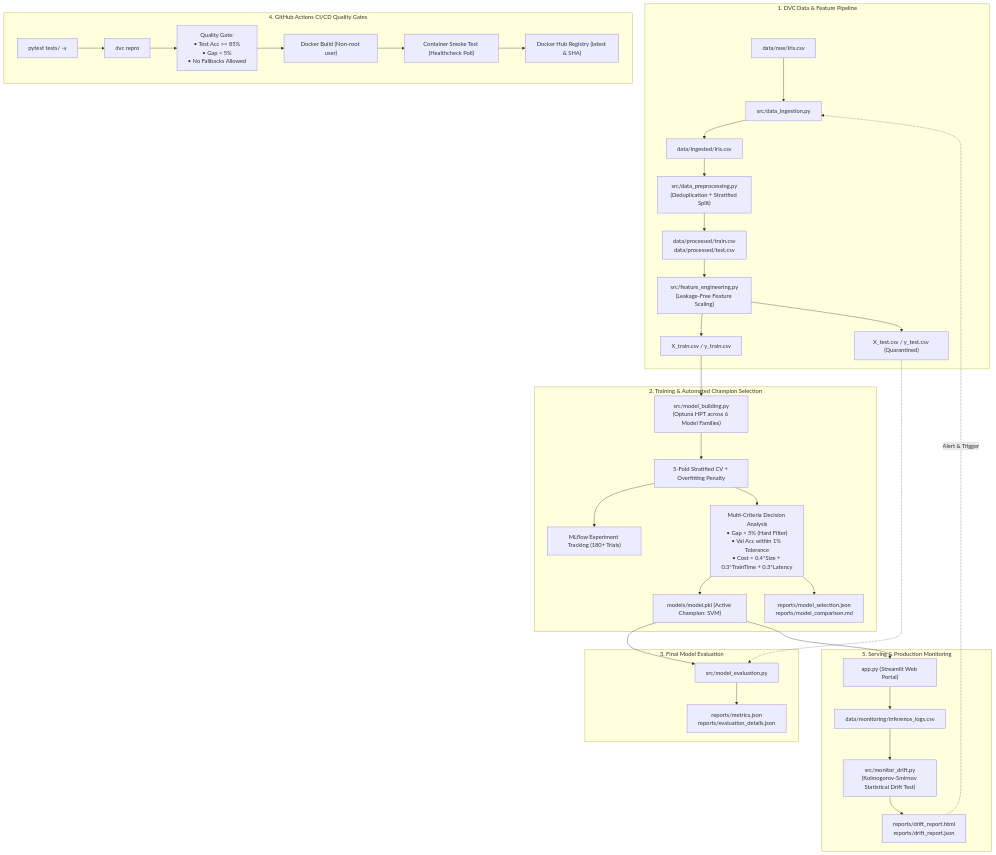
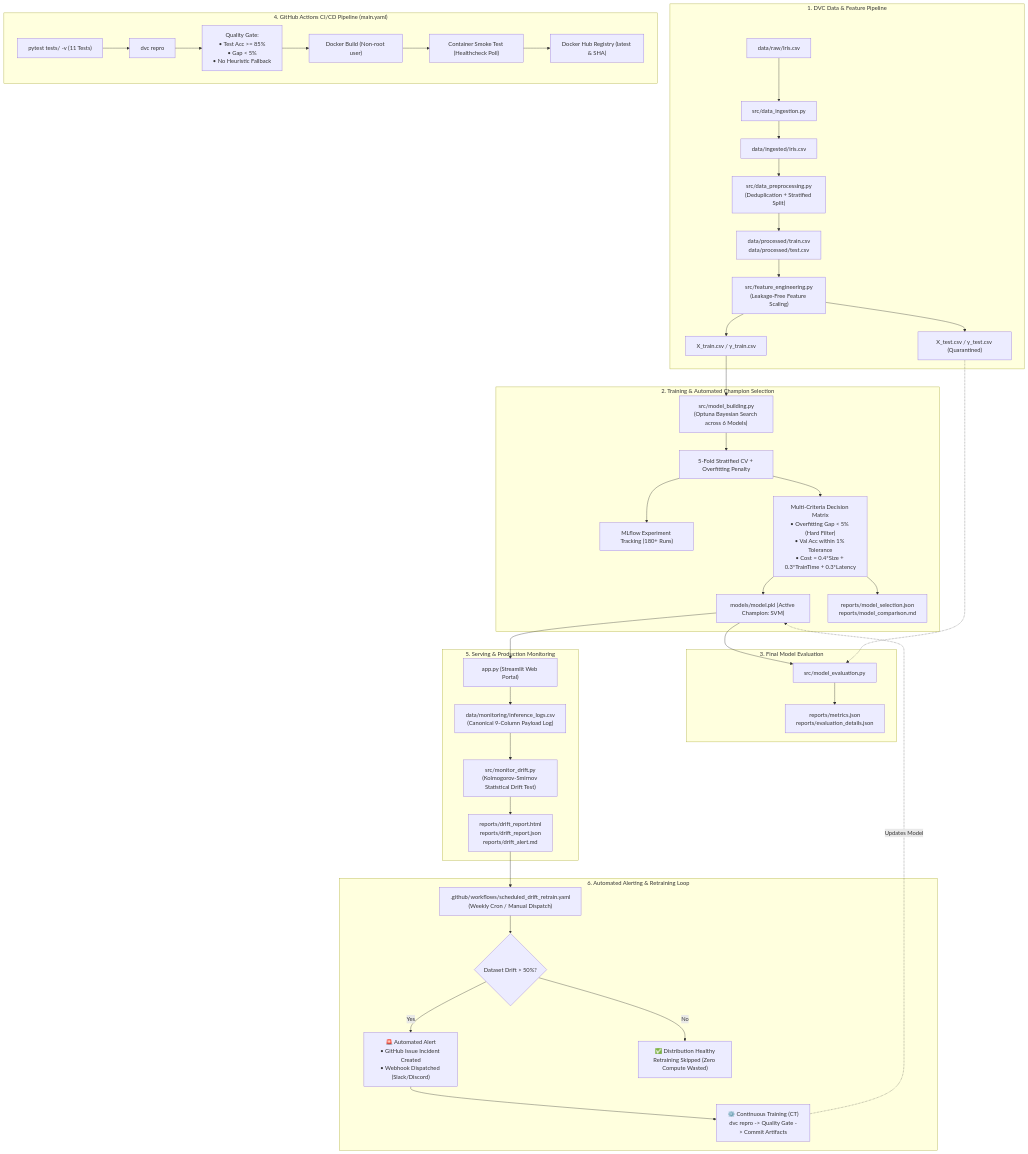
One commit to Rahuljanji/Finalized_Class_MLops changed the diagram in README.md. Above: the diagram before and after it, drawn with Mermaid. The commit also changed other lines of this file, not shown here.

Commit message:
docs: update README with architecture, continuous training, and alerting workflows

````diff
--- a/README.md
+++ b/README.md
@@ -17,43 +17,51 @@
 ```mermaid
 flowchart TD
     subgraph Data_Pipeline["1. DVC Data & Feature Pipeline"]
         Raw["data/raw/Iris.csv"] --> Ingest["src/data_ingestion.py"]
         Ingest --> Ingested["data/ingested/iris.csv"]
         Ingested --> Preprocess["src/data_preprocessing.py\n(Deduplication + Stratified Split)"]
         Preprocess --> Splits["data/processed/train.csv\ndata/processed/test.csv"]
         Splits --> Features["src/feature_engineering.py\n(Leakage-Free Feature Scaling)"]
         Features --> TrainFeat["X_train.csv / y_train.csv"]
         Features --> TestFeat["X_test.csv / y_test.csv (Quarantined)"]
     end
 
     subgraph Model_Governance["2. Training & Automated Champion Selection"]
-        TrainFeat --> HPT["src/model_building.py\n(Optuna HPT across 6 Model Families)"]
+        TrainFeat --> HPT["src/model_building.py\n(Optuna Bayesian Search across 6 Models)"]
         HPT --> CV["5-Fold Stratified CV + Overfitting Penalty"]
-        CV --> MLflow["MLflow Experiment Tracking (180+ Trials)"]
-        CV --> Selection["Multi-Criteria Decision Analysis\n• Gap < 5% (Hard Filter)\n• Val Acc within 1% Tolerance\n• Cost = 0.4*Size + 0.3*TrainTime + 0.3*Latency"]
+        CV --> MLflow["MLflow Experiment Tracking (180+ Runs)"]
+        CV --> Selection["Multi-Criteria Decision Matrix\n• Overfitting Gap < 5% (Hard Filter)\n• Val Acc within 1% Tolerance\n• Cost = 0.4*Size + 0.3*TrainTime + 0.3*Latency"]
         Selection --> Champion["models/model.pkl (Active Champion: SVM)"]
         Selection --> Reports["reports/model_selection.json\nreports/model_comparison.md"]
     end
 
     subgraph Evaluation["3. Final Model Evaluation"]
         Champion --> Eval["src/model_evaluation.py"]
         TestFeat -.-> Eval
         Eval --> Metrics["reports/metrics.json\nreports/evaluation_details.json"]
     end
 
-    subgraph CI_CD["4. GitHub Actions CI/CD Quality Gates"]
-        Tests["pytest tests/ -v"] --> Reproduce["dvc repro"]
-        Reproduce --> Gate["Quality Gate:\n• Test Acc >= 85%\n• Gap < 5%\n• No Fallbacks Allowed"]
+    subgraph CI_CD["4. GitHub Actions CI/CD Pipeline (main.yaml)"]
+        Tests["pytest tests/ -v (11 Tests)"] --> Reproduce["dvc repro"]
+        Reproduce --> Gate["Quality Gate:\n• Test Acc >= 85%\n• Gap < 5%\n• No Heuristic Fallback"]
         Gate --> DockerBuild["Docker Build (Non-root user)"]
         DockerBuild --> SmokeTest["Container Smoke Test (Healthcheck Poll)"]
         SmokeTest --> DockerHub["Docker Hub Registry (latest & SHA)"]
     end
 
     subgraph Serving_Monitoring["5. Serving & Production Monitoring"]
         Champion --> App["app.py (Streamlit Web Portal)"]
-        App --> Logs["data/monitoring/inference_logs.csv"]
+        App --> Logs["data/monitoring/inference_logs.csv\n(Canonical 9-Column Payload Log)"]
         Logs --> Drift["src/monitor_drift.py\n(Kolmogorov-Smirnov Statistical Drift Test)"]
-        Drift --> DriftReports["reports/drift_report.html\nreports/drift_report.json"]
-        DriftReports -.->|Alert & Trigger| Ingest
+        Drift --> DriftReports["reports/drift_report.html\nreports/drift_report.json\nreports/drift_alert.md"]
+    end
+
+    subgraph Continuous_Training["6. Automated Alerting & Retraining Loop"]
+        DriftReports --> ScheduledAction[".github/workflows/scheduled_drift_retrain.yaml\n(Weekly Cron / Manual Dispatch)"]
+        ScheduledAction --> CheckDrift{"Dataset Drift > 50%?"}
+        CheckDrift -- Yes --> AlertTrigger["🚨 Automated Alert\n• GitHub Issue Incident Created\n• Webhook Dispatched (Slack/Discord)"]
+        AlertTrigger --> AutoRetrain["⚙️ Continuous Training (CT)\ndvc repro -> Quality Gate -> Commit Artifacts"]
+        AutoRetrain -.->|Updates Model| Champion
+        CheckDrift -- No --> Sleep["✅ Distribution Healthy\nRetraining Skipped (Zero Compute Wasted)"]
     end
 ```
````
